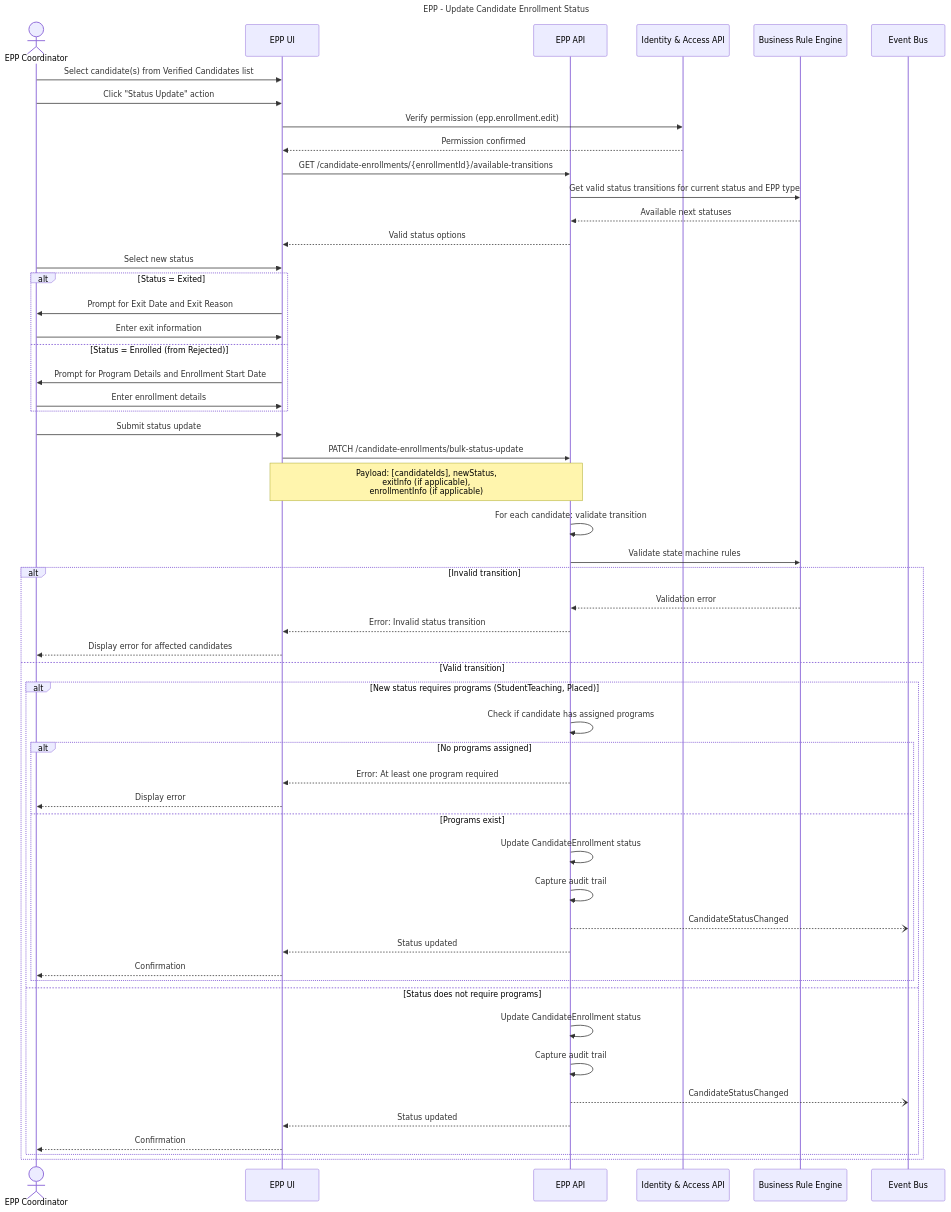
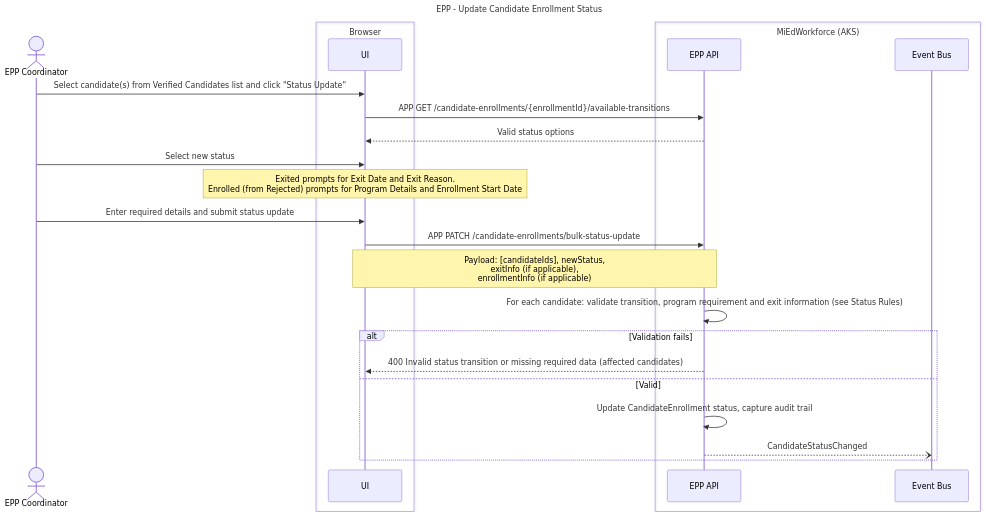
One commit to mnichols-dl/mied-design changed diagram 14 of 29 in working-docs/solution-areas/epp/epp-sequences.md. Above: the diagram before and after it, drawn with Mermaid. The commit also changed other lines of this file and 34 other files, not shown here.

Commit message:
Update sequences and perform RTM assessment

````diff
--- a/working-docs/solution-areas/epp/epp-sequences.md
+++ b/working-docs/solution-areas/epp/epp-sequences.md
@@ -797,67 +750,36 @@
 ```mermaid
 ---
 title: EPP - Update Candidate Enrollment Status
 ---
 sequenceDiagram
     actor Coordinator as EPP Coordinator
-    participant UI as EPP UI
-    participant EPPService as EPP API
-    participant IAM as Identity & Access API
-    participant BRM as Business Rule Engine
+    box Browser
+    participant UI as UI
+    end
+    box MiEdWorkforce (AKS)
+    participant EppApi as EPP API
     participant EventBus as Event Bus
-    
-    Coordinator->>UI: Select candidate(s) from Verified Candidates list
-    Coordinator->>UI: Click "Status Update" action
-    
-    UI->>IAM: Verify permission (epp.enrollment.edit)
-    IAM-->>UI: Permission confirmed
-    
-    UI->>EPPService: GET /candidate-enrollments/{enrollmentId}/available-transitions
-    EPPService->>BRM: Get valid status transitions for current status and EPP type
-    BRM-->>EPPService: Available next statuses
-    EPPService-->>UI: Valid status options
-    
+    end
+
+    Coordinator->>UI: Select candidate(s) from Verified Candidates list and click "Status Update"
+
+    UI->>EppApi: APP GET /candidate-enrollments/{enrollmentId}/available-transitions
+    EppApi-->>UI: Valid status options
+
     Coordinator->>UI: Select new status
-    
-    alt Status = Exited
-        UI->>Coordinator: Prompt for Exit Date and Exit Reason
-        Coordinator->>UI: Enter exit information
-    else Status = Enrolled (from Rejected)
-        UI->>Coordinator: Prompt for Program Details and Enrollment Start Date
-        Coordinator->>UI: Enter enrollment details
-    end
-    
-    Coordinator->>UI: Submit status update
-    
-    UI->>EPPService: PATCH /candidate-enrollments/bulk-status-update
-    Note over UI,EPPService: Payload: [candidateIds], newStatus,<br/>exitInfo (if applicable),<br/>enrollmentInfo (if applicable)
-    
-    EPPService->>EPPService: For each candidate: validate transition
-    EPPService->>BRM: Validate state machine rules
-    
-    alt Invalid transition
-        BRM-->>EPPService: Validation error
-        EPPService-->>UI: Error: Invalid status transition
-        UI-->>Coordinator: Display error for affected candidates
-    else Valid transition
-        alt New status requires programs (StudentTeaching, Placed)
-            EPPService->>EPPService: Check if candidate has assigned programs
-            alt No programs assigned
-                EPPService-->>UI: Error: At least one program required
-                UI-->>Coordinator: Display error
-            else Programs exist
-                EPPService->>EPPService: Update CandidateEnrollment status
-                EPPService->>EPPService: Capture audit trail
-                EPPService--)EventBus: CandidateStatusChanged
-                EPPService-->>UI: Status updated
-                UI-->>Coordinator: Confirmation
-            end
-        else Status does not require programs
-            EPPService->>EPPService: Update CandidateEnrollment status
-            EPPService->>EPPService: Capture audit trail
-            EPPService--)EventBus: CandidateStatusChanged
-            EPPService-->>UI: Status updated
-            UI-->>Coordinator: Confirmation
-        end
+    Note over UI: Exited prompts for Exit Date and Exit Reason.<br/>Enrolled (from Rejected) prompts for Program Details and Enrollment Start Date
+
+    Coordinator->>UI: Enter required details and submit status update
+
+    UI->>EppApi: APP PATCH /candidate-enrollments/bulk-status-update
+    Note over UI,EppApi: Payload: [candidateIds], newStatus,<br/>exitInfo (if applicable),<br/>enrollmentInfo (if applicable)
+
+    EppApi->>EppApi: For each candidate: validate transition, program requirement and exit information (see Status Rules)
+
+    alt Validation fails
+        EppApi-->>UI: 400 Invalid status transition or missing required data (affected candidates)
+    else Valid
+        EppApi->>EppApi: Update CandidateEnrollment status, capture audit trail
+        EppApi--)EventBus: CandidateStatusChanged
     end
 ```
````
